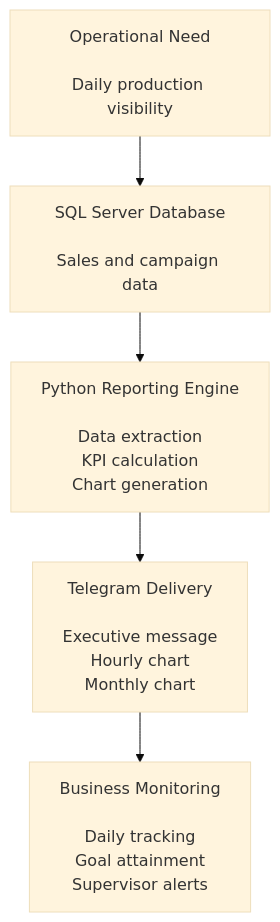
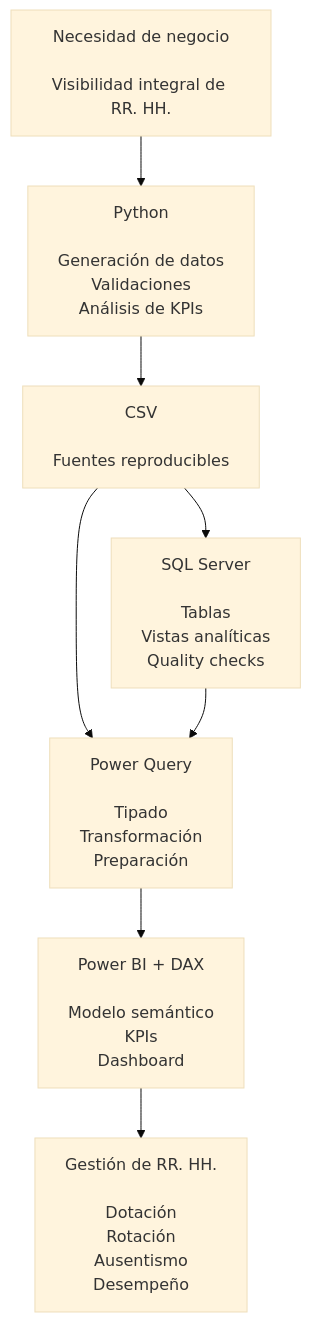
One commit to darwincamacho/call-center-telegram-reporting-automation changed the first of 2 diagrams in README.md. Above: the diagram before and after it, drawn with Mermaid (base theme). The commit also changed other lines of this file, not shown here.

````diff
--- a/README.md
+++ b/README.md
@@ -23,13 +26,18 @@
 ```mermaid
 flowchart TD
-    A["Operational Need<br/><br/>Daily production visibility"]
-    B["SQL Server Database<br/><br/>Sales and campaign data"]
-    C["Python Reporting Engine<br/><br/>Data extraction<br/>KPI calculation<br/>Chart generation"]
-    D["Telegram Delivery<br/><br/>Executive message<br/>Hourly chart<br/>Monthly chart"]
-    E["Business Monitoring<br/><br/>Daily tracking<br/>Goal attainment<br/>Supervisor alerts"]
+    A["Necesidad de negocio<br/><br/>Visibilidad integral de RR. HH."]
+    B["Python<br/><br/>Generación de datos<br/>Validaciones<br/>Análisis de KPIs"]
+    C["CSV<br/><br/>Fuentes reproducibles"]
+    D["SQL Server<br/><br/>Tablas<br/>Vistas analíticas<br/>Quality checks"]
+    E["Power Query<br/><br/>Tipado<br/>Transformación<br/>Preparación"]
+    F["Power BI + DAX<br/><br/>Modelo semántico<br/>KPIs<br/>Dashboard"]
+    G["Gestión de RR. HH.<br/><br/>Dotación<br/>Rotación<br/>Ausentismo<br/>Desempeño"]
 
     A --> B
     B --> C
     C --> D
+    C --> E
     D --> E
+    E --> F
+    F --> G
 ```
````
